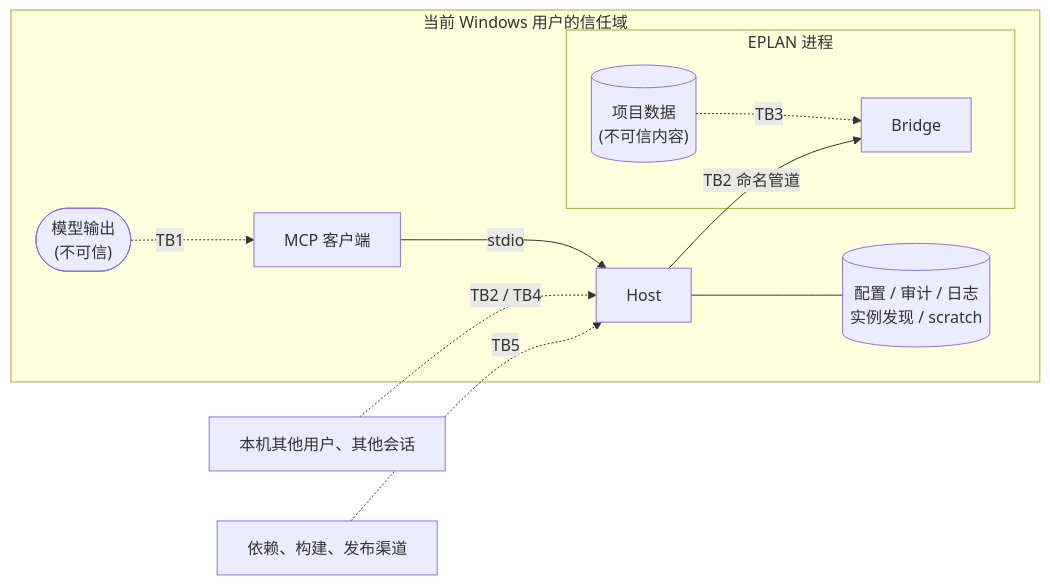
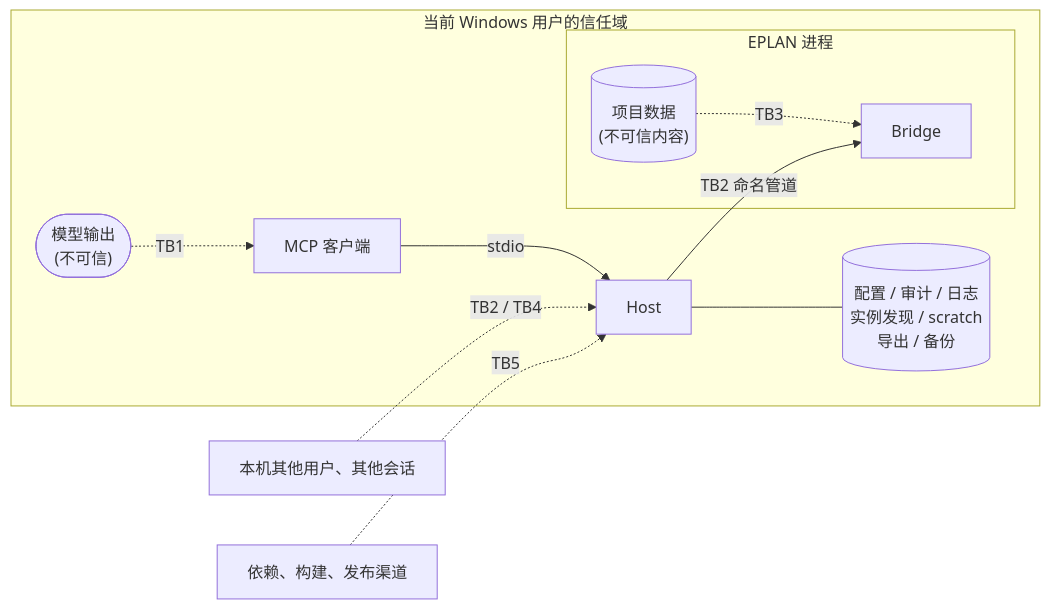
The diagram in docs/standards/security.md (asckye/eplan-mcp), drawn with Mermaid before and after one commit. The commit also changed other lines of this file, not shown here.

````diff
--- a/docs/standards/security.md
+++ b/docs/standards/security.md
@@ -22,22 +22,22 @@
 ```mermaid
 flowchart LR
     subgraph user["当前 Windows 用户的信任域"]
         model(["模型输出<br/>(不可信)"])
         client["MCP 客户端"]
         host["Host"]
-        files[("配置 / 审计 / 日志<br/>实例发现 / scratch")]
+        files[("配置 / 审计 / 日志<br/>实例发现 / scratch<br/>导出 / 备份")]
         subgraph eplan["EPLAN 进程"]
             bridge["Bridge"]
             data[("项目数据<br/>(不可信内容)")]
         end
     end
     other["本机其他用户、其他会话"]
     supply["依赖、构建、发布渠道"]
 
     model -. TB1 .-> client -- stdio --> host
     host -- "TB2 命名管道" --> bridge
     data -. "TB3" .-> bridge
     host --- files
     other -. "TB2 / TB4" .-> host
     supply -. "TB5" .-> host
 ```
````
